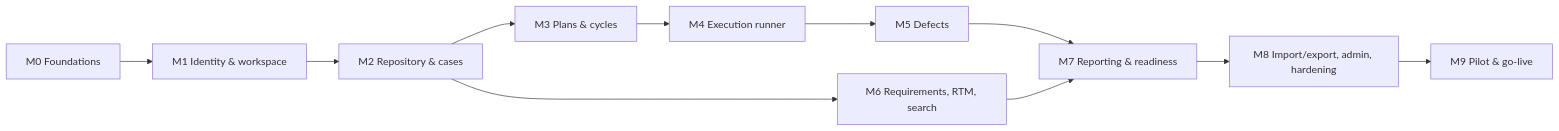
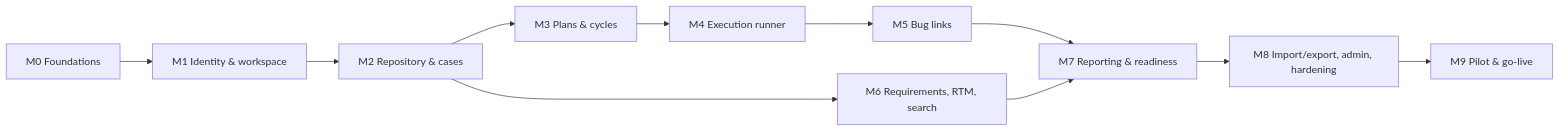
Before and after one commit to hamzababid/tcms: the diagram in docs/09-Implementation-Roadmap.md, drawn with Mermaid. The commit also changed other lines of this file and 16 other files, not shown here.

Commit message:
docs(m5): ADR-023 bugs live in the team's tracker; re-scope M5 to bug links

````diff
--- a/docs/09-Implementation-Roadmap.md
+++ b/docs/09-Implementation-Roadmap.md
@@ -23,13 +23,13 @@
 ```mermaid
 flowchart LR
   M0[M0 Foundations] --> M1[M1 Identity & workspace]
   M1 --> M2[M2 Repository & cases]
   M2 --> M3[M3 Plans & cycles]
   M3 --> M4[M4 Execution runner]
-  M4 --> M5[M5 Defects]
+  M4 --> M5[M5 Bug links]
   M2 --> M6[M6 Requirements, RTM, search]
   M5 --> M7[M7 Reporting & readiness]
   M6 --> M7
   M7 --> M8[M8 Import/export, admin, hardening]
   M8 --> M9[M9 Pilot & go-live]
 ```
````
